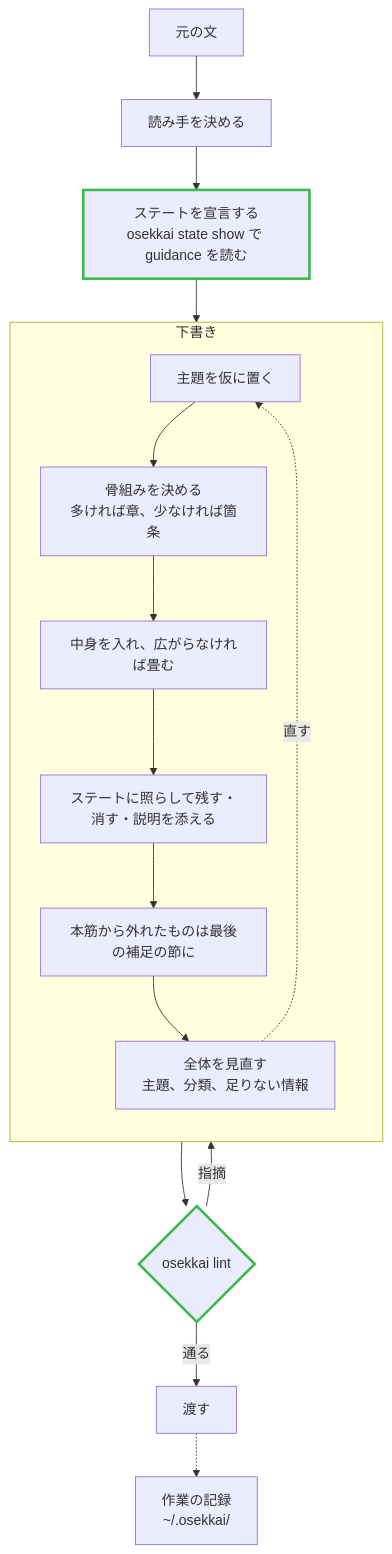
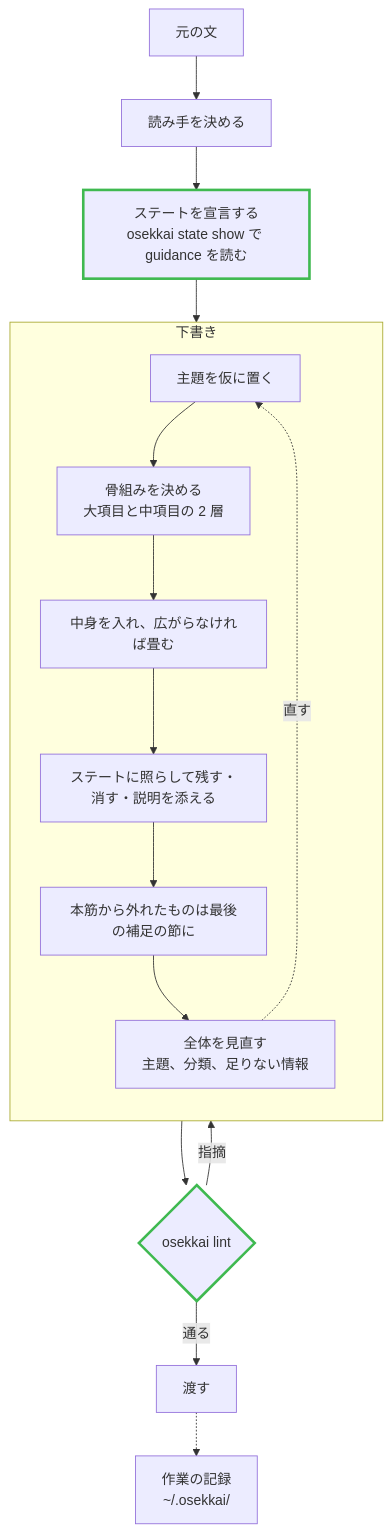
Before and after one commit to Xantibody/osekkai: the diagram in README.md, drawn with Mermaid.

Commit message:
docs(readme): 手順の図の骨組みを 2 層で書く形にする
skill の手順に「大項目と中項目の 2 層で書く」を足したので、README の手順の図もそれに合わせる。

````diff
--- a/README.md
+++ b/README.md
@@ -16,22 +16,22 @@
 ```mermaid
 flowchart TD
   src["元の文"] --> reader["読み手を決める"]
   reader --> declare["ステートを宣言する<br/>osekkai state show で guidance を読む"]
   declare --> draft
   subgraph draft ["下書き"]
     direction TB
-    title["主題を仮に置く"] --> frame["骨組みを決める<br/>多ければ章、少なければ箇条"]
+    title["主題を仮に置く"] --> frame["骨組みを決める<br/>大項目と中項目の 2 層"]
     frame --> fill["中身を入れ、広がらなければ畳む"]
     fill --> state["ステートに照らして残す・消す・説明を添える"]
     state --> aside["本筋から外れたものは最後の補足の節に"]
     aside --> review["全体を見直す<br/>主題、分類、足りない情報"]
     review -. 直す .-> title
   end
   draft --> lint{"osekkai lint"}
   lint -- 指摘 --> draft
   lint -- 通る --> hand["渡す"]
   hand -.-> local["作業の記録<br/>~/.osekkai/"]
 
   classDef bin stroke:#3fb950,stroke-width:3px
   class declare,lint bin
 ```
````
